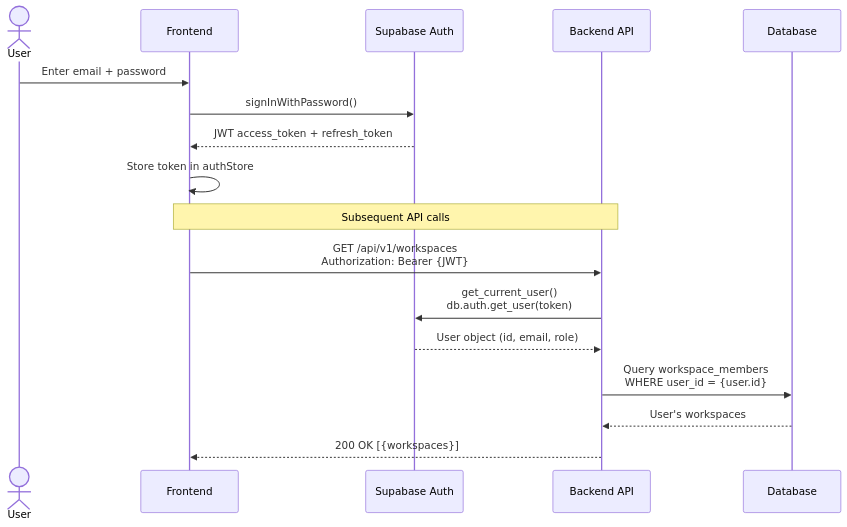
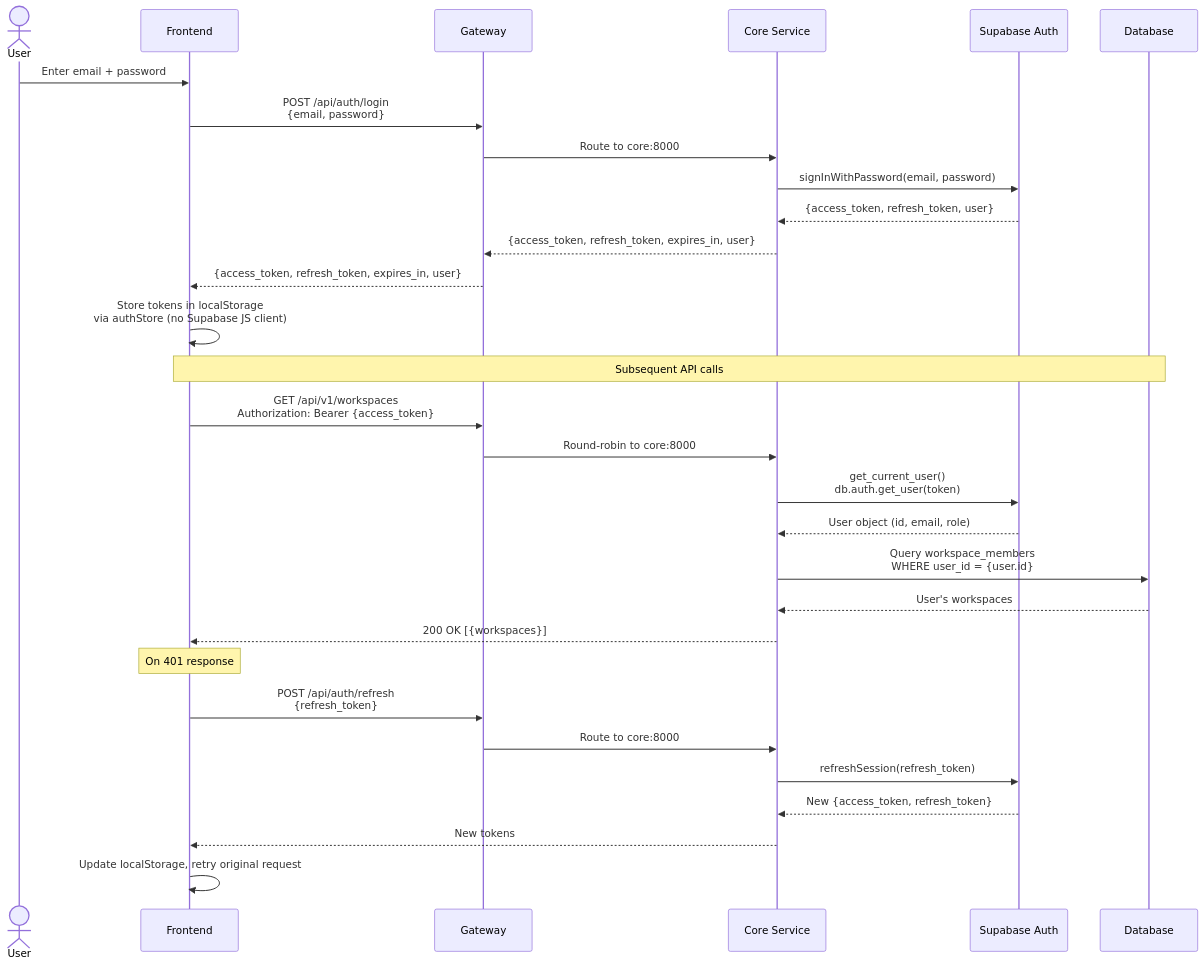
The first of 7 diagrams in docs/FLOWCHARTS.md (cvrvai/OPPM-AI-work-management-system), drawn with Mermaid before and after one commit. The commit also changed other lines of this file and 103 other files, not shown here.

Commit message:
new architecture and new database

````diff
--- a/docs/FLOWCHARTS.md
+++ b/docs/FLOWCHARTS.md
@@ -5,22 +5,37 @@
 ```mermaid
 sequenceDiagram
     actor User
     participant Frontend
+    participant Gateway
+    participant Core Service
     participant Supabase Auth
-    participant Backend API
     participant Database
 
     User->>Frontend: Enter email + password
-    Frontend->>Supabase Auth: signInWithPassword()
-    Supabase Auth-->>Frontend: JWT access_token + refresh_token
-    Frontend->>Frontend: Store token in authStore
+    Frontend->>Gateway: POST /api/auth/login<br/>{email, password}
+    Gateway->>Core Service: Route to core:8000
+    Core Service->>Supabase Auth: signInWithPassword(email, password)
+    Supabase Auth-->>Core Service: {access_token, refresh_token, user}
+    Core Service-->>Gateway: {access_token, refresh_token, expires_in, user}
+    Gateway-->>Frontend: {access_token, refresh_token, expires_in, user}
+    Frontend->>Frontend: Store tokens in localStorage<br/>via authStore (no Supabase JS client)
 
-    Note over Frontend,Backend API: Subsequent API calls
+    Note over Frontend,Database: Subsequent API calls
 
-    Frontend->>Backend API: GET /api/v1/workspaces<br/>Authorization: Bearer {JWT}
-    Backend API->>Supabase Auth: get_current_user()<br/>db.auth.get_user(token)
-    Supabase Auth-->>Backend API: User object (id, email, role)
-    Backend API->>Database: Query workspace_members<br/>WHERE user_id = {user.id}
-    Database-->>Backend API: User's workspaces
-    Backend API-->>Frontend: 200 OK [{workspaces}]
+    Frontend->>Gateway: GET /api/v1/workspaces<br/>Authorization: Bearer {access_token}
+    Gateway->>Core Service: Round-robin to core:8000
+    Core Service->>Supabase Auth: get_current_user()<br/>db.auth.get_user(token)
+    Supabase Auth-->>Core Service: User object (id, email, role)
+    Core Service->>Database: Query workspace_members<br/>WHERE user_id = {user.id}
+    Database-->>Core Service: User's workspaces
+    Core Service-->>Frontend: 200 OK [{workspaces}]
+
+    Note over Frontend: On 401 response
+
+    Frontend->>Gateway: POST /api/auth/refresh<br/>{refresh_token}
+    Gateway->>Core Service: Route to core:8000
+    Core Service->>Supabase Auth: refreshSession(refresh_token)
+    Supabase Auth-->>Core Service: New {access_token, refresh_token}
+    Core Service-->>Frontend: New tokens
+    Frontend->>Frontend: Update localStorage, retry original request
 ```
````
